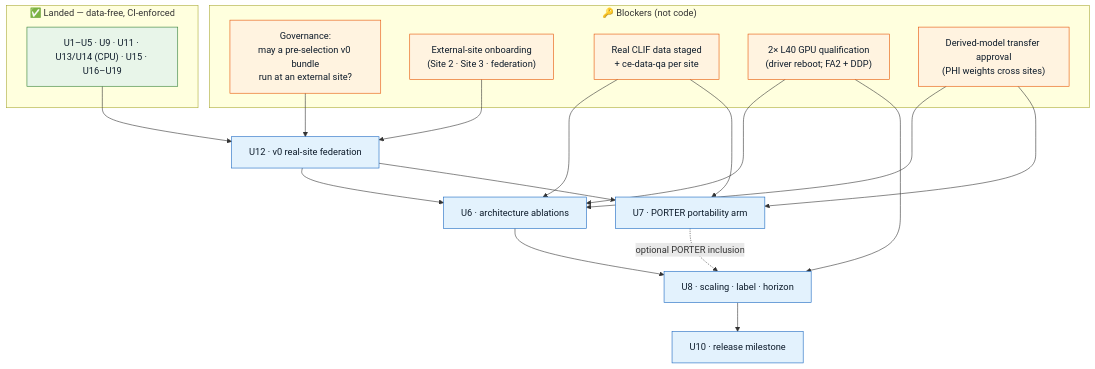
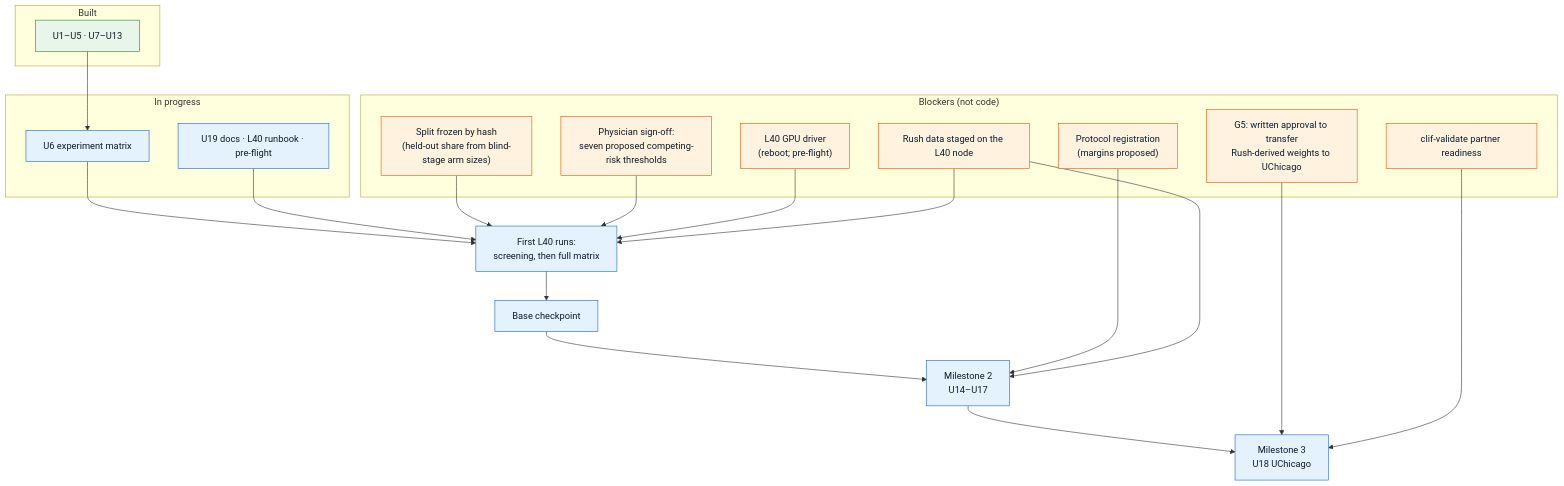
The diagram in website/docs/project-status.md (sajor2000/clifatron2.0), drawn with Mermaid before and after one commit. The commit also changed other lines of this file and 15 other files, not shown here.

First line of the commit message:
docs: describe the three-claim model, objective and extubation study as built (U19)

````diff
--- a/website/docs/project-status.md
+++ b/website/docs/project-status.md
@@ -45,39 +51,40 @@
 ```mermaid
 flowchart TB
-    subgraph DONE["✅ Landed — data-free, CI-enforced"]
-        L["U1–U5 · U9 · U11 · U13/U14 (CPU) · U15 · U16–U19"]
+    subgraph DONE["Built"]
+        L["U1–U5 · U7–U13"]
+    end
+    subgraph NOW["In progress"]
+        U6["U6 experiment matrix"]
+        U19["U19 docs · L40 runbook · pre-flight"]
+    end
+    subgraph GATES["Blockers (not code)"]
+        G1["Split frozen by hash<br/>(held-out share from blind-stage arm sizes)"]
+        G2["Physician sign-off:<br/>seven proposed competing-risk thresholds"]
+        G3["Rush data staged on the L40 node"]
+        G4["L40 GPU driver<br/>(reboot; pre-flight)"]
+        G5["G5: written approval to transfer<br/>Rush-derived weights to UChicago"]
+        G6["clif-validate partner readiness"]
+        G7["Protocol registration<br/>(margins proposed)"]
     end
 
-    subgraph GATES["🔑 Blockers (not code)"]
-        G1["Governance:<br/>may a pre-selection v0 bundle<br/>run at an external site?"]
-        G2["External-site onboarding<br/>(Site 2 · Site 3 · federation)"]
-        G3["Real CLIF data staged<br/>+ ce-data-qa per site"]
-        G4["2× L40 GPU qualification<br/>(driver reboot; FA2 + DDP)"]
-        G5["Derived-model transfer approval<br/>(PHI weights cross sites)"]
-    end
-
-    L --> U12["U12 · v0 real-site federation"]
-    G1 --> U12
-    G2 --> U12
-
-    U12 --> U6["U6 · architecture ablations"]
-    U12 --> U7["U7 · PORTER portability arm"]
-    G3 --> U6
-    G4 --> U6
-    G5 --> U6
-    G3 --> U7
-    G5 --> U7
-
-    U6 --> U8["U8 · scaling · label · horizon"]
-    U7 -. optional PORTER inclusion .-> U8
-    G4 --> U8
-
-    U8 --> U10["U10 · release milestone"]
+    L --> U6 --> RUN["First L40 runs:<br/>screening, then full matrix"]
+    U19 --> RUN
+    G1 --> RUN
+    G2 --> RUN
+    G4 --> RUN
+    G3 --> RUN
+    RUN --> CK["Base checkpoint"]
+    CK --> M2["Milestone 2<br/>U14–U17"]
+    G7 --> M2
+    G3 --> M2
+    M2 --> M3["Milestone 3<br/>U18 UChicago"]
+    G5 --> M3
+    G6 --> M3
 
     classDef done fill:#e8f5e9,stroke:#2e7d32,color:#0d1b2a;
     classDef gate fill:#fff3e0,stroke:#e65100,color:#0d1b2a;
     classDef work fill:#e3f2fd,stroke:#1565c0,color:#0d1b2a;
     class L done;
-    class G1,G2,G3,G4,G5 gate;
-    class U12,U6,U7,U8,U10 work;
+    class G1,G2,G3,G4,G5,G6,G7 gate;
+    class U6,U19,RUN,CK,M2,M3 work;
 ```
````
